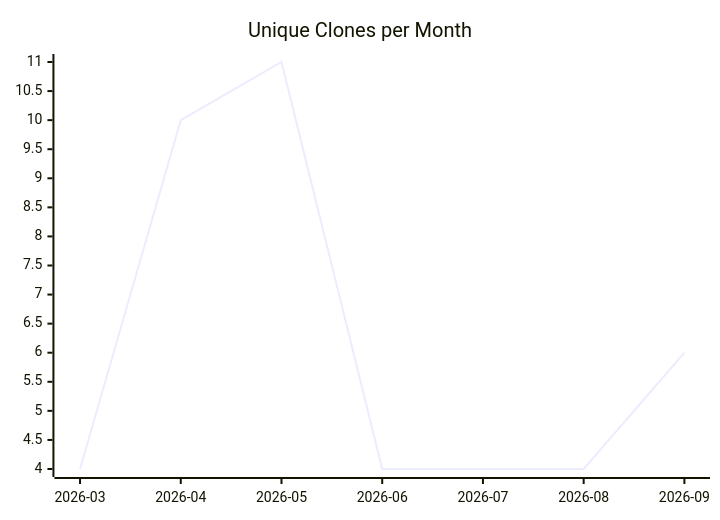
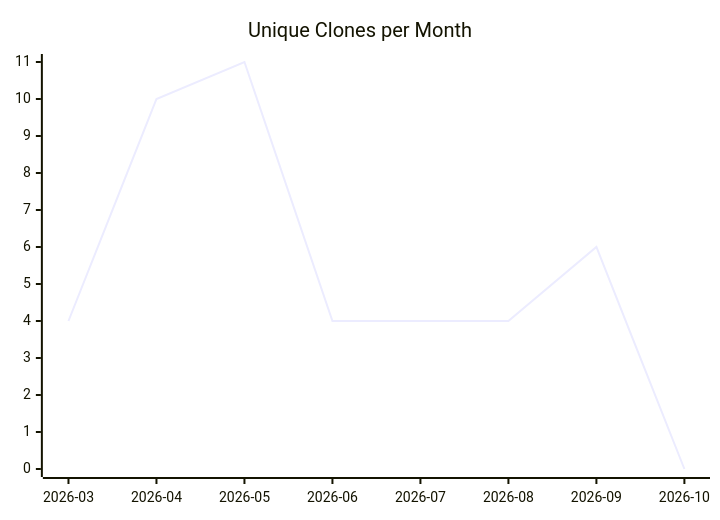
One commit to justdavis-family/github-analytics-data changed the third of 3 diagrams in karlmdavis/workstation-base-ansible-role/README.md. Above: the diagram before and after it, drawn with Mermaid. The commit also changed other lines of this file and 202 other files, not shown here.

````diff
--- a/karlmdavis/workstation-base-ansible-role/README.md
+++ b/karlmdavis/workstation-base-ansible-role/README.md
@@ -19,6 +19,6 @@
 ```mermaid
 xychart-beta
   title "Unique Clones per Month"
-  x-axis ["2026-03", "2026-04", "2026-05", "2026-06", "2026-07", "2026-08", "2026-09"]
-  line [4, 10, 11, 4, 4, 4, 6]
+  x-axis ["2026-03", "2026-04", "2026-05", "2026-06", "2026-07", "2026-08", "2026-09", "2026-10"]
+  line [4, 10, 11, 4, 4, 4, 6, 0]
 ```
````
